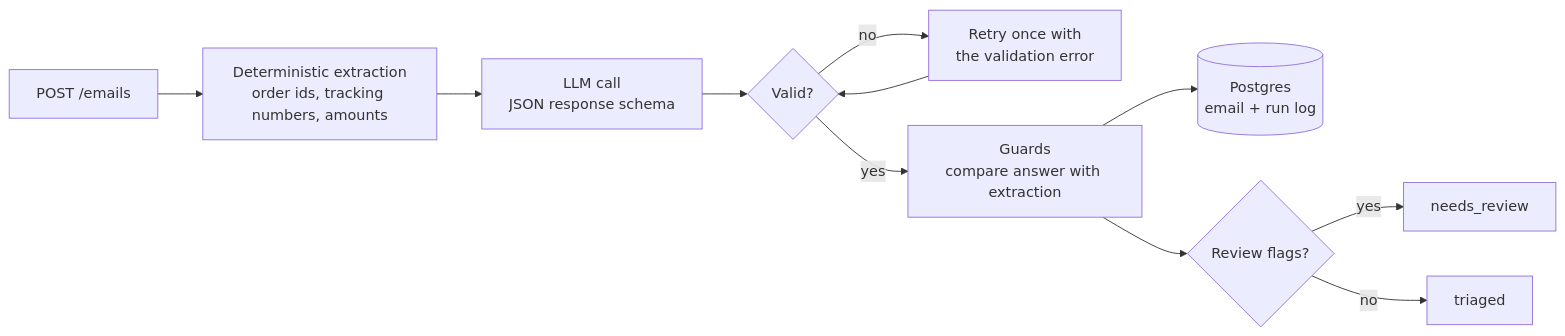
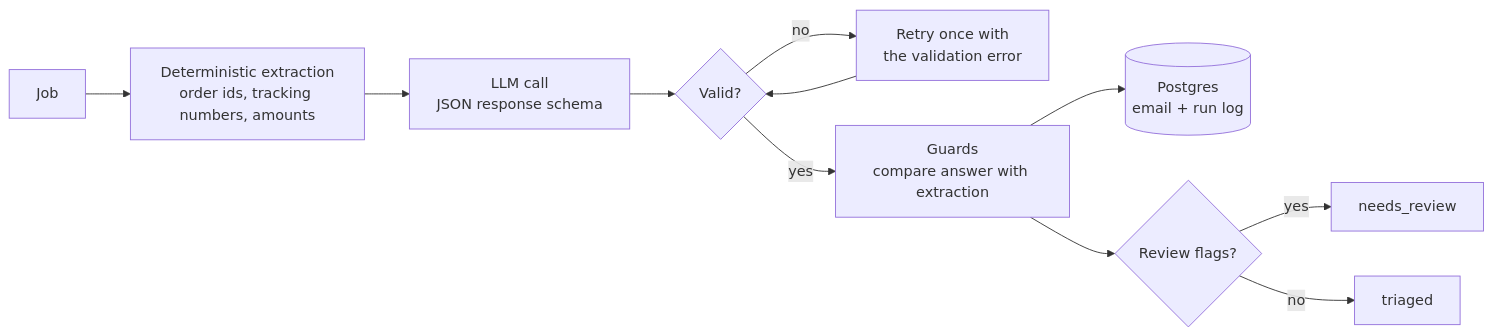
One commit to djabirati/claimdesk changed the second of 2 diagrams in README.md. Above: the diagram before and after it, drawn with Mermaid. The commit also changed other lines of this file and 16 other files, not shown here.

````diff
--- a/README.md
+++ b/README.md
@@ -25,12 +54,12 @@
 ```mermaid
 flowchart LR
-    A[POST /emails] --> B["Deterministic extraction<br/>order ids, tracking numbers, amounts"]
+    A[Job] --> B["Deterministic extraction<br/>order ids, tracking numbers, amounts"]
     B --> C["LLM call<br/>JSON response schema"]
     C --> D{Valid?}
     D -- no --> R["Retry once with<br/>the validation error"] --> D
     D -- yes --> E["Guards<br/>compare answer with extraction"]
     E --> F[("Postgres<br/>email + run log")]
     E --> G{Review flags?}
     G -- yes --> H[needs_review]
     G -- no --> I[triaged]
 ```
````
